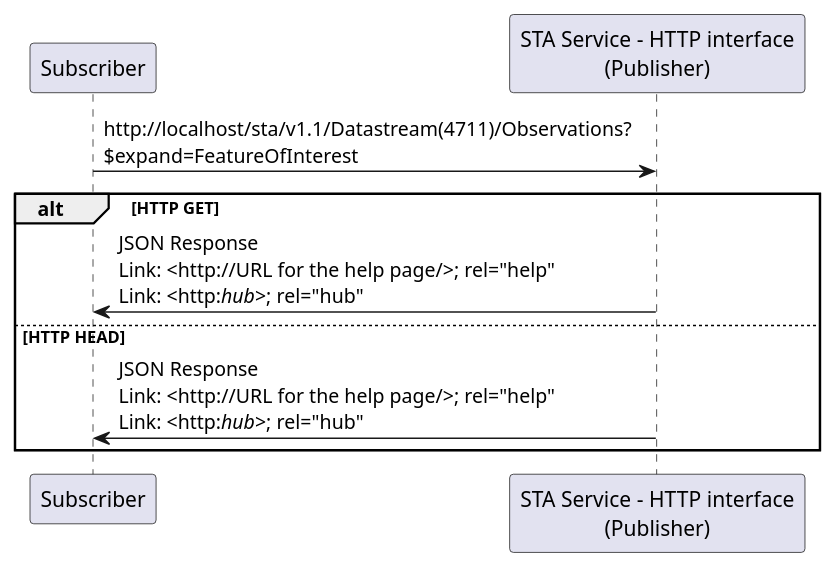
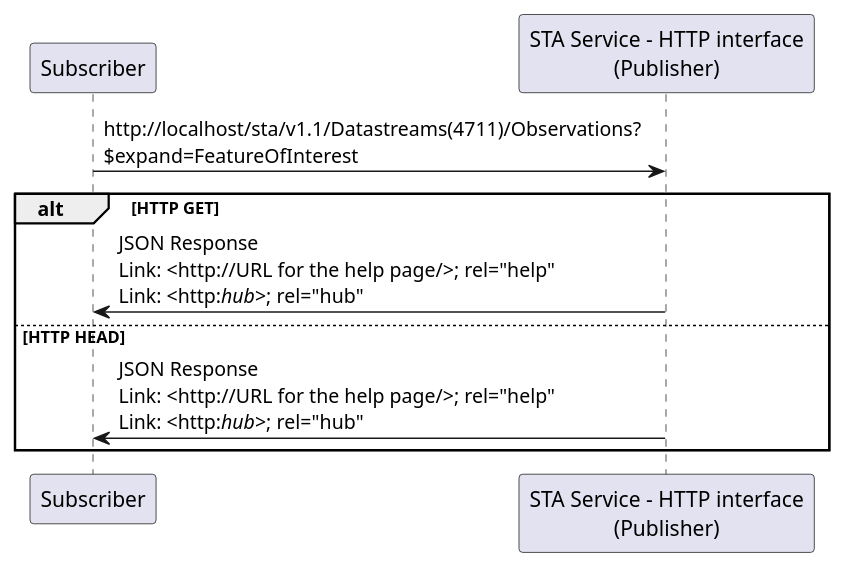
One commit to opengeospatial/sensorthings changed the fifth of 5 diagrams in sections/clause_6_informative_text.adoc. Above: the diagram before and after it, drawn with PlantUML. The commit also changed other lines of this file and 31 other files, not shown here.

```diff
--- a/sections/clause_6_informative_text.adoc
+++ b/sections/clause_6_informative_text.adoc
@@ -182,21 +183,21 @@
 [plantuml]
 ....
 @startuml
 
 participant Subscriber
 participant "STA Service - HTTP interface\n(Publisher)"
 
-Subscriber -> "STA Service - HTTP interface\n(Publisher)": http://localhost/sta/v1.1/Datastream(4711)/Observations?\n$expand=FeatureOfInterest
+Subscriber -> "STA Service - HTTP interface\n(Publisher)": http://localhost/sta/v1.1/Datastreams(4711)/Observations?\n$expand=FeatureOfInterest
 
 alt HTTP GET
 
     "STA Service - HTTP interface\n(Publisher)" -> Subscriber: JSON Response\nLink: <http://URL for the help page/>; rel="help"\nLink: <http://hub//>; rel="hub" 
 
 else HTTP HEAD
 
     "STA Service - HTTP interface\n(Publisher)" -> Subscriber: JSON Response\nLink: <http://URL for the help page/>; rel="help"\nLink: <http://hub//>; rel="hub"  
 
 end
 
 @enduml
 ....
```
